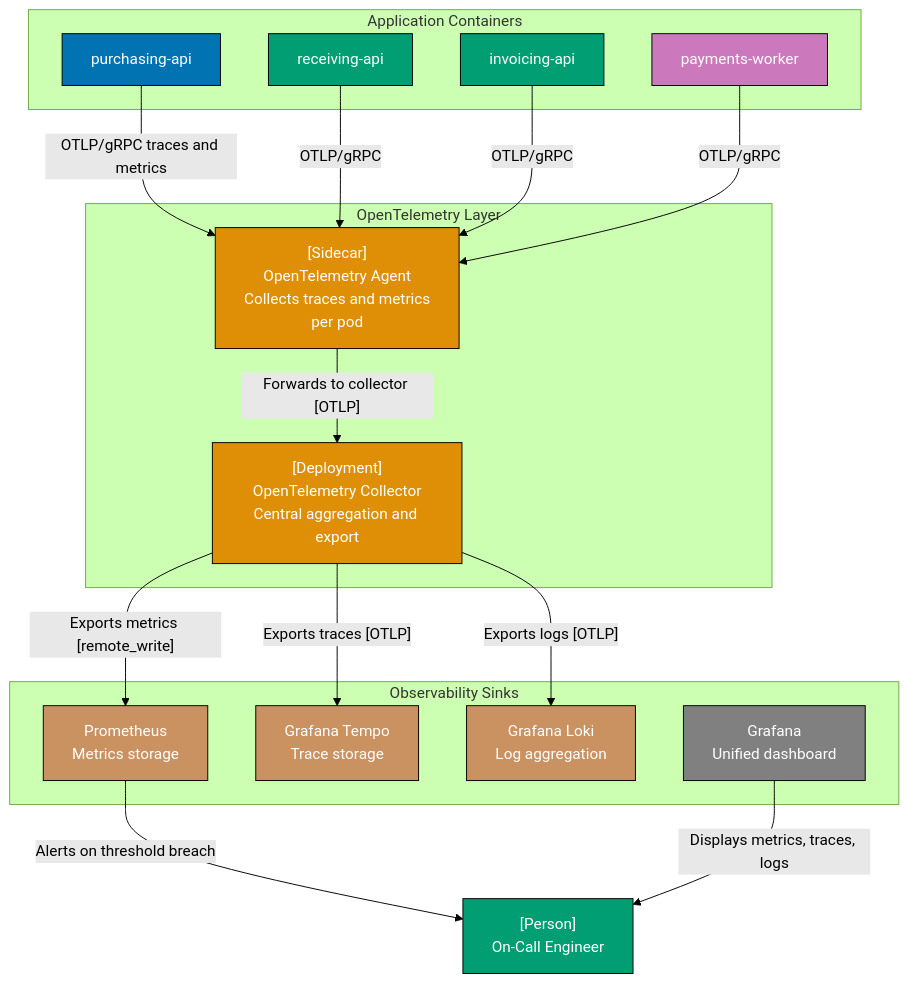
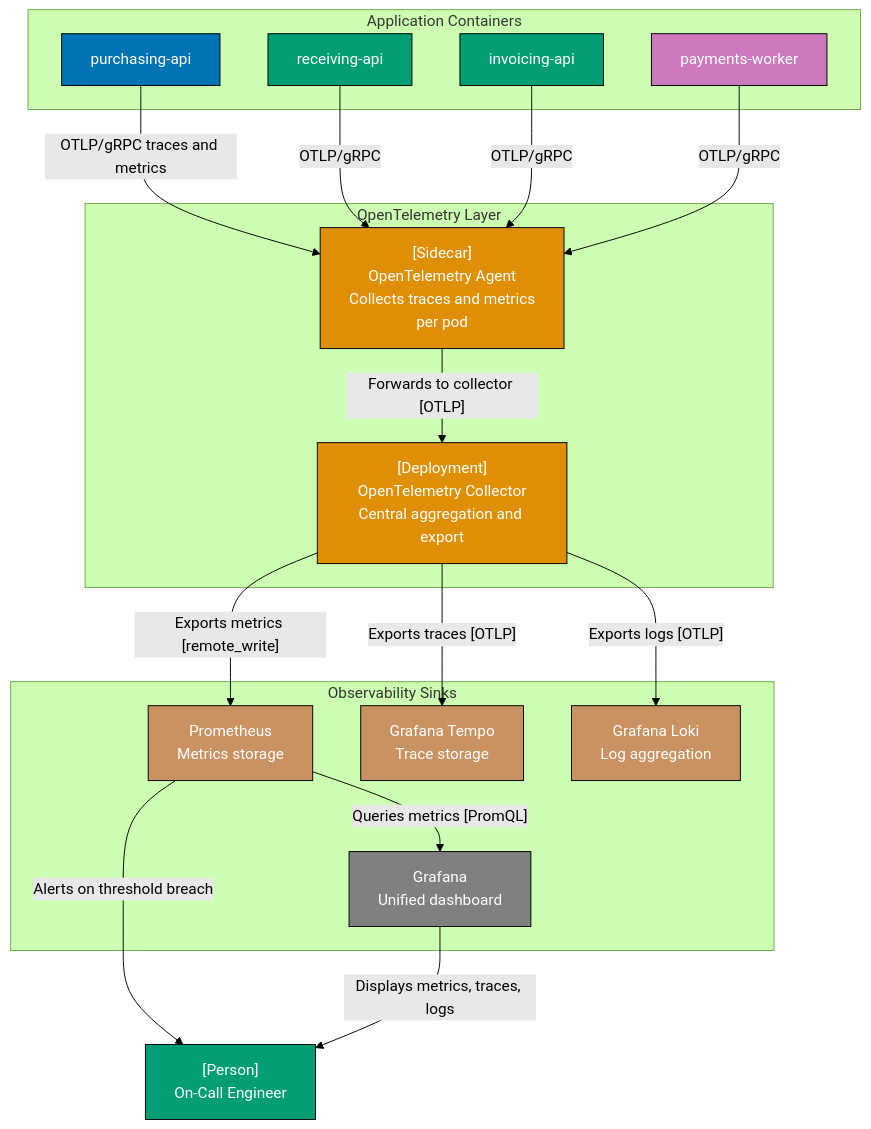
Before and after one commit to wahidyankf/baseerah: diagram 24 of 25 in apps/ayokoding-www/content/en/learn/software-engineering/software-architecture/c4-model/by-example/advanced.md, drawn with Mermaid (forest theme). The commit also changed other lines of this file and 88 other files, not shown here.

First line of the commit message:
fix(ayokoding-www): resolve pre-existing Mermaid violations, exclude fixtures/plans-done

````diff
--- a/apps/ayokoding-www/content/en/learn/software-engineering/software-architecture/c4-model/by-example/advanced.md
+++ b/apps/ayokoding-www/content/en/learn/software-engineering/software-architecture/c4-model/by-example/advanced.md
@@ -1115,46 +1115,47 @@
 ```mermaid
 graph TD
     subgraph AppTier["Application Containers"]
         PurchAPI["purchasing-api"]
         RecvAPI["receiving-api"]
         InvAPI["invoicing-api"]
         PayWorker["payments-worker"]
     end
 
     subgraph OtelLayer["OpenTelemetry Layer"]
         OtelAgent["[Sidecar]<br/>OpenTelemetry Agent<br/>Collects traces and metrics<br/>per pod"]
         OtelCollector["[Deployment]<br/>OpenTelemetry Collector<br/>Central aggregation and export"]
     end
 
     subgraph ObsSinks["Observability Sinks"]
         Prometheus["Prometheus<br/>Metrics storage"]
         Tempo["Grafana Tempo<br/>Trace storage"]
         Loki["Grafana Loki<br/>Log aggregation"]
         Grafana["Grafana<br/>Unified dashboard"]
     end
 
     OnCall["[Person]<br/>On-Call Engineer"]
 
     PurchAPI -->|"OTLP/gRPC traces and metrics"| OtelAgent
     RecvAPI -->|"OTLP/gRPC"| OtelAgent
     InvAPI -->|"OTLP/gRPC"| OtelAgent
     PayWorker -->|"OTLP/gRPC"| OtelAgent
     OtelAgent -->|"Forwards to collector [OTLP]"| OtelCollector
     OtelCollector -->|"Exports metrics [remote_write]"| Prometheus
     OtelCollector -->|"Exports traces [OTLP]"| Tempo
     OtelCollector -->|"Exports logs [OTLP]"| Loki
+    Prometheus -->|"Queries metrics [PromQL]"| Grafana
     Prometheus -->|"Alerts on threshold breach"| OnCall
     Grafana -->|"Displays metrics, traces, logs"| OnCall
 
     style PurchAPI fill:#0173B2,stroke:#000,color:#fff
     style RecvAPI fill:#029E73,stroke:#000,color:#fff
     style InvAPI fill:#029E73,stroke:#000,color:#fff
     style PayWorker fill:#CC78BC,stroke:#000,color:#fff
     style OtelAgent fill:#DE8F05,stroke:#000,color:#fff
     style OtelCollector fill:#DE8F05,stroke:#000,color:#fff
     style Prometheus fill:#CA9161,stroke:#000,color:#fff
     style Tempo fill:#CA9161,stroke:#000,color:#fff
     style Loki fill:#CA9161,stroke:#000,color:#fff
     style Grafana fill:#808080,stroke:#000,color:#fff
     style OnCall fill:#029E73,stroke:#000,color:#fff
 ```
````
